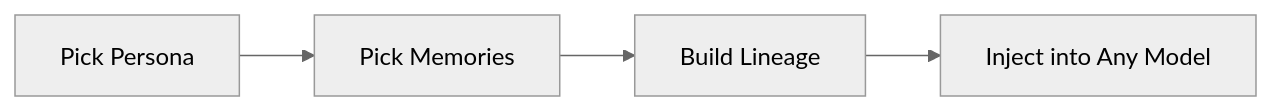
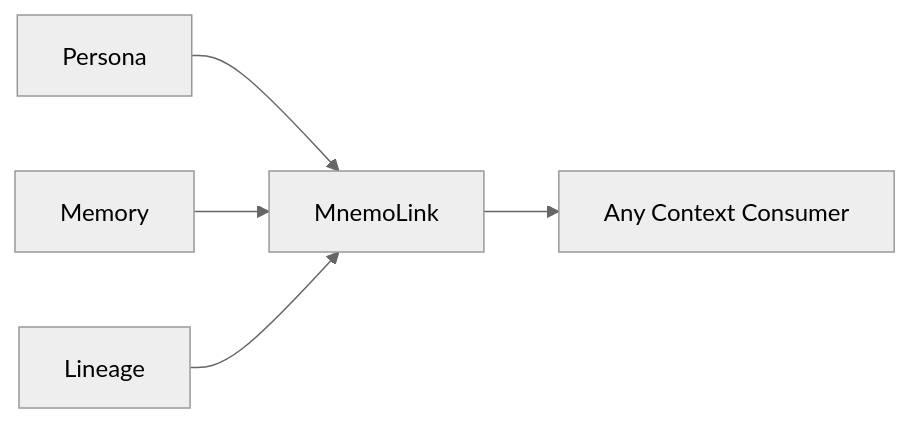
Before and after one commit to ARPAHLS/mnemolink: the diagram in README.md, drawn with Mermaid (neutral theme). The commit also changed other lines of this file and 17 other files, not shown here.

````diff
--- a/README.md
+++ b/README.md
@@ -104,4 +105,7 @@
 ```mermaid
 flowchart LR
-    A[Pick Persona] --> B[Pick Memories] --> C[Build Lineage] --> D[Inject into Any Model]
+    P[Persona] --> ML[MnemoLink]
+    M[Memory] --> ML
+    L[Lineage] --> ML
+    ML --> C[Any Context Consumer]
 ```
````
